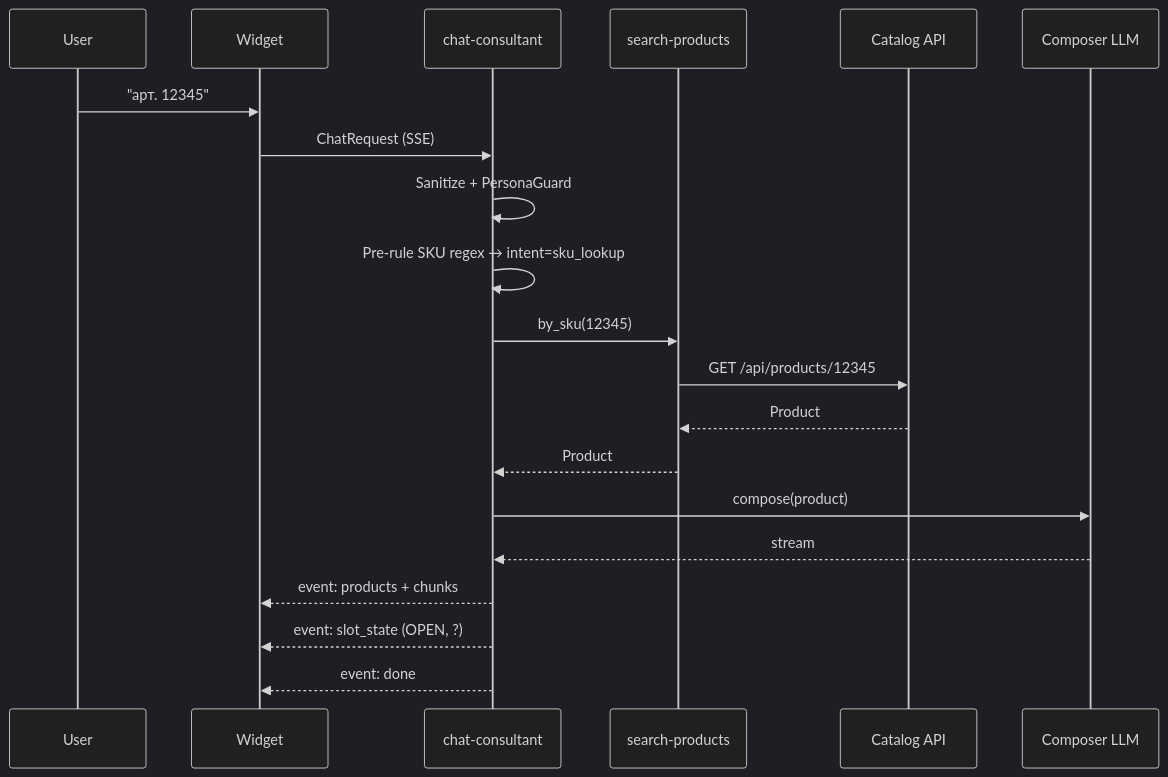
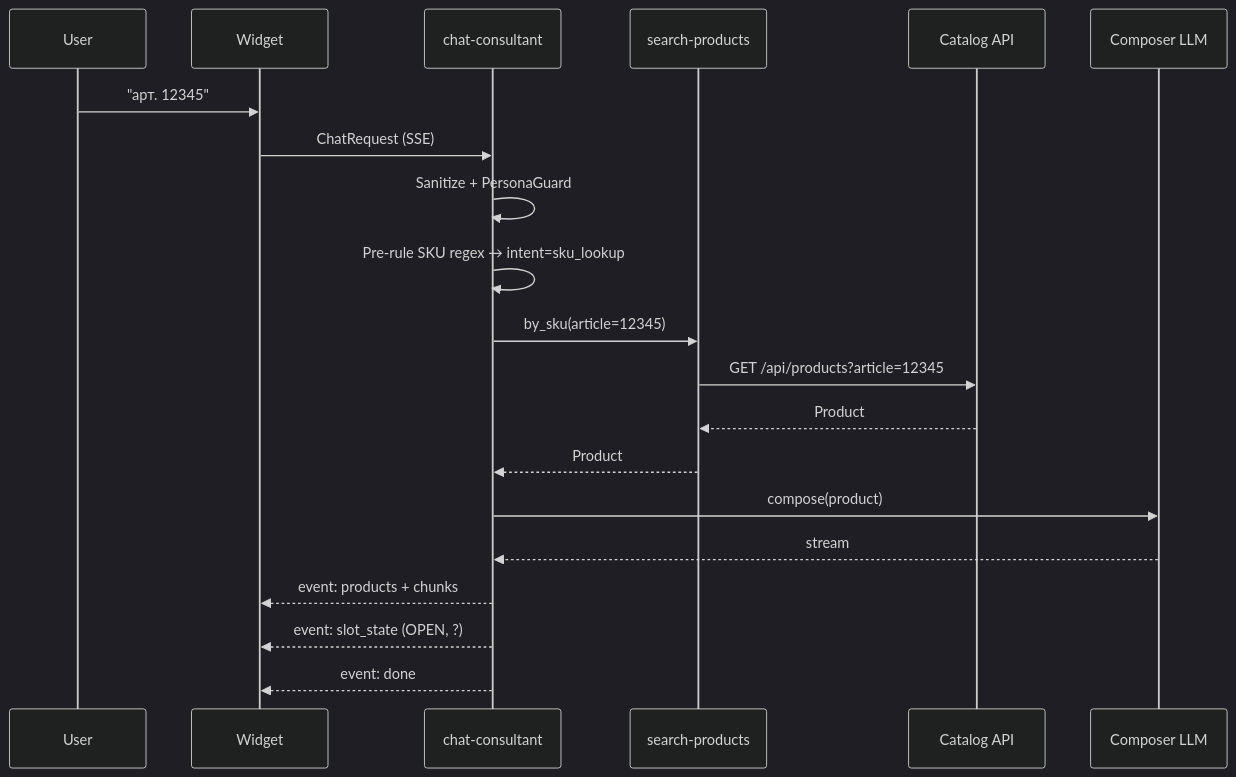
One commit to siteelite-ai/clever-client-bot changed the first of 4 diagrams in docs/chat-consultant-v2-spec.md. Above: the diagram before and after it, drawn with Mermaid (dark theme). The commit also changed other lines of this file, not shown here.

````diff
--- a/docs/chat-consultant-v2-spec.md
+++ b/docs/chat-consultant-v2-spec.md
@@ -1110,23 +1125,23 @@
 ```mermaid
 sequenceDiagram
   participant U as User
   participant W as Widget
   participant E as chat-consultant
   participant SP as search-products
   participant API as Catalog API
   participant LLM as Composer LLM
 
   U->>W: "арт. 12345"
   W->>E: ChatRequest (SSE)
   E->>E: Sanitize + PersonaGuard
   E->>E: Pre-rule SKU regex → intent=sku_lookup
-  E->>SP: by_sku(12345)
-  SP->>API: GET /api/products/12345
+  E->>SP: by_sku(article=12345)
+  SP->>API: GET /api/products?article=12345
   API-->>SP: Product
   SP-->>E: Product
   E->>LLM: compose(product)
   LLM-->>E: stream
   E-->>W: event: products + chunks
   E-->>W: event: slot_state (OPEN, ?)
   E-->>W: event: done
 ```
````
